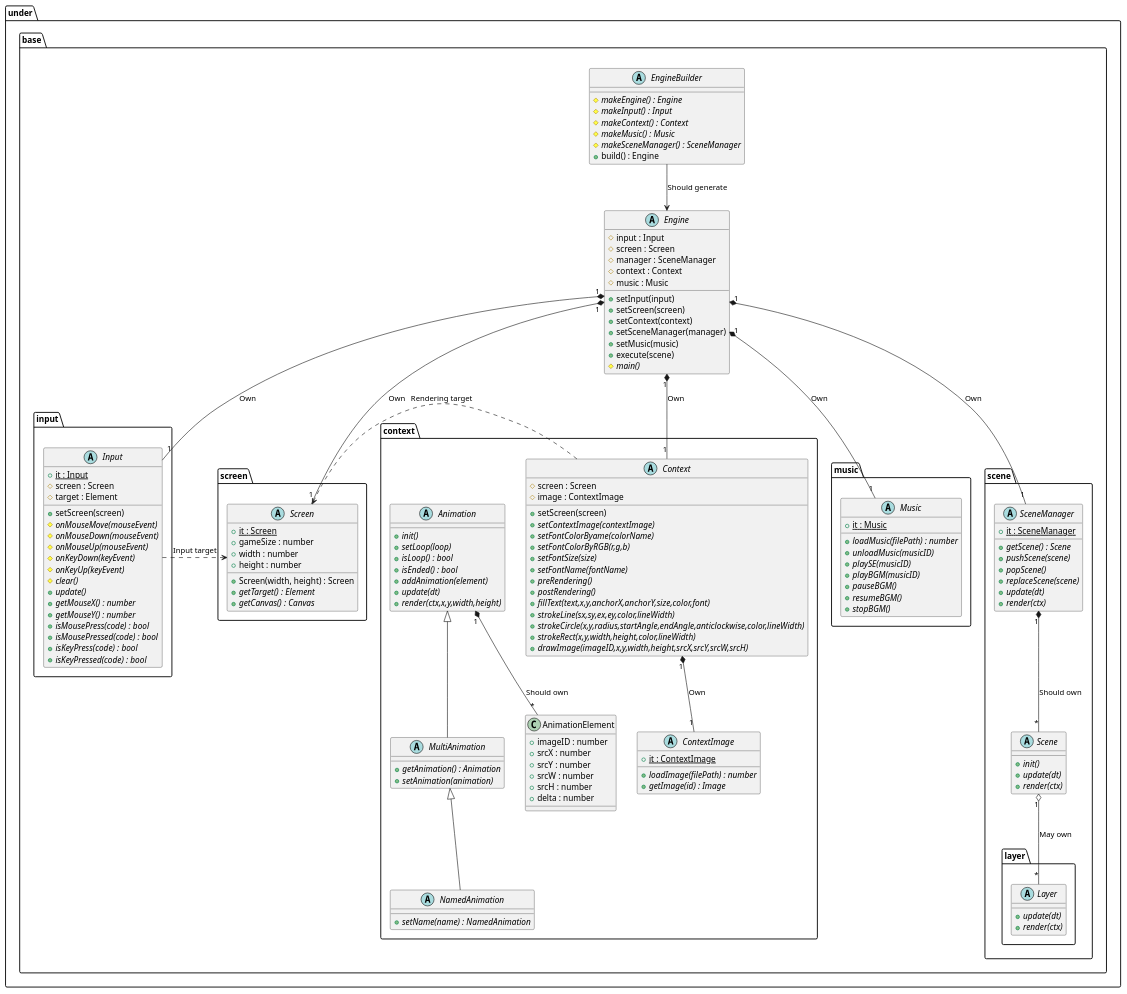
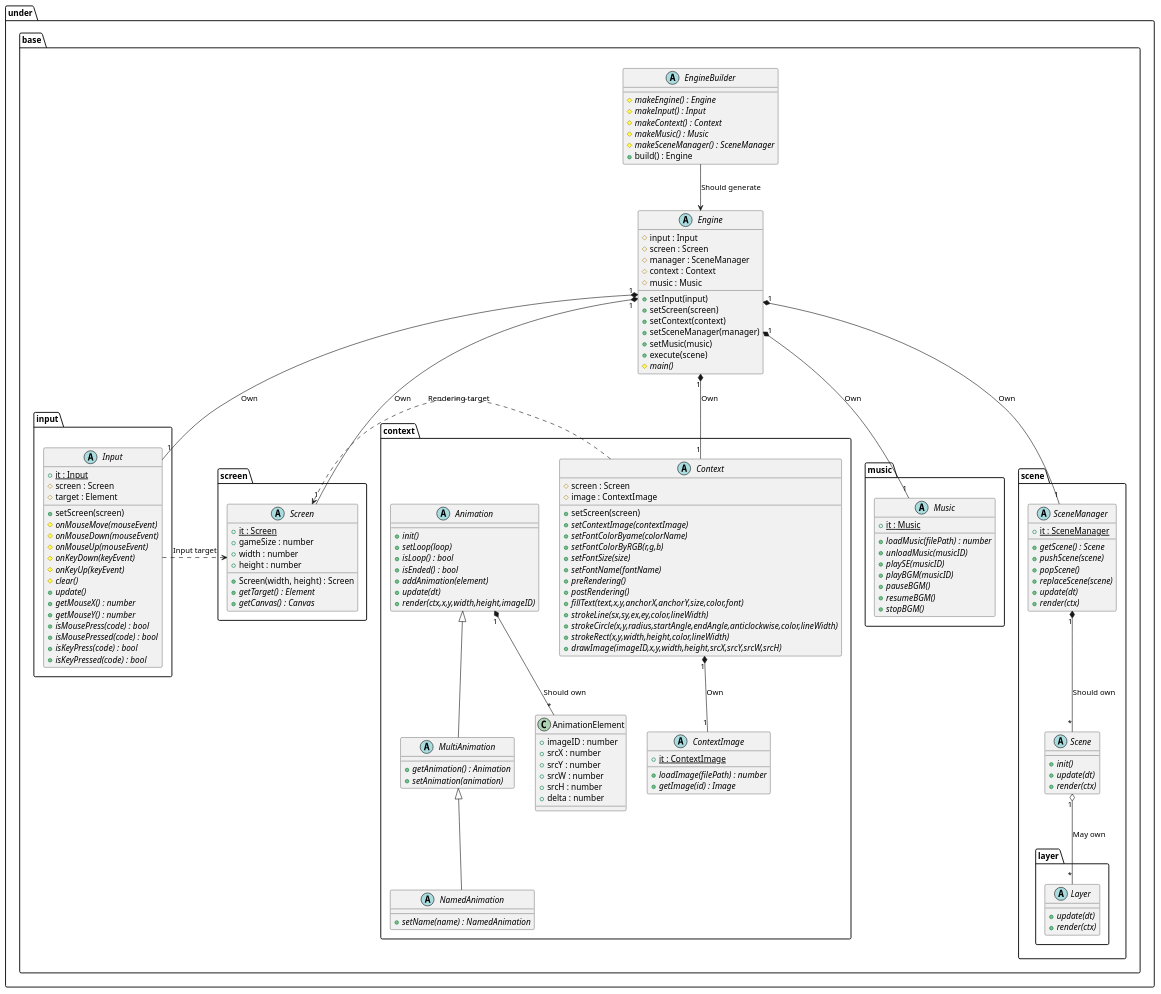
One commit to Expine/Under changed the diagram in uml/gamebase/Base.wsd. Above: the diagram before and after it, drawn with PlantUML. The commit also changed 2 other files, not shown here.

```diff
--- a/uml/gamebase/Base.wsd
+++ b/uml/gamebase/Base.wsd
@@ -1,170 +1,170 @@
 @startuml GameBaseBase
 
 package under {
     package base {
         abstract EngineBuilder {
             {abstract} #makeEngine() : Engine
             {abstract} #makeInput() : Input
             {abstract} #makeContext() : Context
             {abstract} #makeMusic() : Music
             {abstract} #makeSceneManager() : SceneManager
             +build() : Engine
         }
         abstract Engine {
             #input : Input
             #screen : Screen
             #manager : SceneManager
             #context : Context
             #music : Music
             +setInput(input)
             +setScreen(screen)
             +setContext(context)
             +setSceneManager(manager)
             +setMusic(music)
             +execute(scene)
             {abstract} #main()
         }
 
         package input {
             abstract Input {
                 {static} +it : Input /' Singleton '/
                 #screen : Screen
                 #target : Element
                 +setScreen(screen)
                 {abstract} #onMouseMove(mouseEvent)
                 {abstract} #onMouseDown(mouseEvent)
                 {abstract} #onMouseUp(mouseEvent)
                 {abstract} #onKeyDown(keyEvent)
                 {abstract} #onKeyUp(keyEvent)
                 {abstract} #clear()
                 {abstract} +update()
                 {abstract} +getMouseX() : number
                 {abstract} +getMouseY() : number
                 {abstract} +isMousePress(code) : bool
                 {abstract} +isMousePressed(code) : bool
                 {abstract} +isKeyPress(code) : bool
                 {abstract} +isKeyPressed(code) : bool
             }
         }
 
         package screen {
             abstract Screen {
                 +Screen(width, height) : Screen
                 {static} +it : Screen /' Singleton '/
                 +gameSize : number
                 +width : number
                 +height : number
                 {abstract} +getTarget() : Element
                 {abstract} +getCanvas() : Canvas
             }
         }
 
         package music {
             abstract Music {
                 {static} +it : Music /' Singleton '/
                 {abstract} +loadMusic(filePath) : number
                 {abstract} +unloadMusic(musicID)
                 {abstract} +playSE(musicID)
                 {abstract} +playBGM(musicID)
                 {abstract} +pauseBGM()
                 {abstract} +resumeBGM()
                 {abstract} +stopBGM()
             }
         }
 
         package context {
             abstract Context {
                 #screen : Screen
                 #image : ContextImage
                 +setScreen(screen)
                 {abstract} +setContextImage(contextImage)
                 {abstract} +setFontColorByame(colorName)
                 {abstract} +setFontColorByRGB(r,g,b)
                 {abstract} +setFontSize(size)
                 {abstract} +setFontName(fontName)
                 {abstract} +preRendering()
                 {abstract} +postRendering()
                 {abstract} +fillText(text,x,y,anchorX,anchorY,size,color,font)
                 {abstract} +strokeLine(sx,sy,ex,ey,color,lineWidth)
                 {abstract} +strokeCircle(x,y,radius,startAngle,endAngle,anticlockwise,color,lineWidth)
                 {abstract} +strokeRect(x,y,width,height,color,lineWidth)
                 {abstract} +drawImage(imageID,x,y,width,height,srcX,srcY,srcW,srcH)
             }
             abstract ContextImage {
                 {static} +it : ContextImage /' Singleton '/
                 {abstract} +loadImage(filePath) : number
                 {abstract} +getImage(id) : Image
             }
 
             abstract Animation {
                 {abstract} +init()
                 {abstract} +setLoop(loop)
                 {abstract} +isLoop() : bool
                 {abstract} +isEnded() : bool
                 {abstract} +addAnimation(element)
                 {abstract} +update(dt)
-                {abstract} +render(ctx,x,y,width,height)
+                {abstract} +render(ctx,x,y,width,height,imageID)
             }
             abstract MultiAnimation {
                 {abstract} +getAnimation() : Animation
                 {abstract} +setAnimation(animation)
             }
             abstract NamedAnimation {
                 {abstract} +setName(name) : NamedAnimation
             }
             class AnimationElement {
                 +imageID : number
                 +srcX : number
                 +srcY : number
                 +srcW : number
                 +srcH : number
                 +delta : number
             }
         }
 
         package scene {
             abstract SceneManager {
                 {static} +it : SceneManager /' Singleton '/
                 {abstract} +getScene() : Scene
                 {abstract} +pushScene(scene)
                 {abstract} +popScene()
                 {abstract} +replaceScene(scene)
                 {abstract} +update(dt)
                 {abstract} +render(ctx)
             }
             abstract Scene {
                 {abstract} +init()
                 {abstract} +update(dt)
                 {abstract} +render(ctx)
             }
 
             package layer {
                 abstract Layer {
                     {abstract} +update(dt)
                     {abstract} +render(ctx)
                 }
             }
         }
     }
 }
 
 EngineBuilder --> Engine : Should generate
 Engine "1"*-- "1" Screen : Own
 Engine "1"*-- "1" Input : Own
 Engine "1"*-- "1" SceneManager : Own
 Engine "1"*-- "1" Context : Own
 Engine "1"*-- "1" Music : Own
 
 Input .> Screen : Input target
 Context .> Screen : Rendering target
 
 SceneManager "1"*--"*" Scene : Should own
 Scene "1" o--"*" Layer : May own
 Context "1"*--"1" ContextImage : Own
 
 Animation "1"*--"*"AnimationElement : Should own
 
 Animation <|-- MultiAnimation
 MultiAnimation <|-- NamedAnimation
 
 @enduml
```
